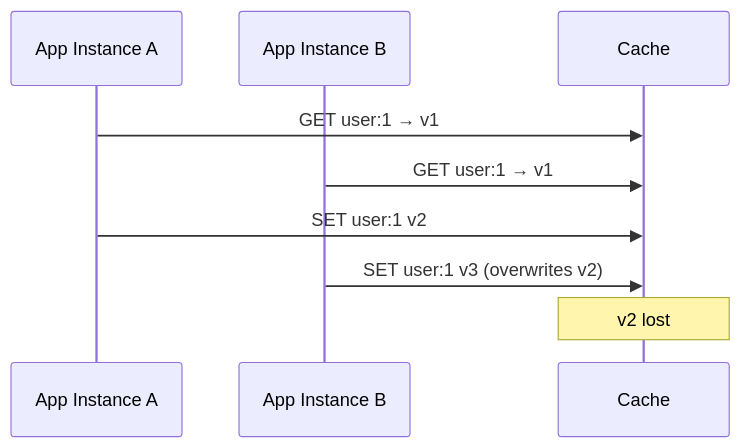
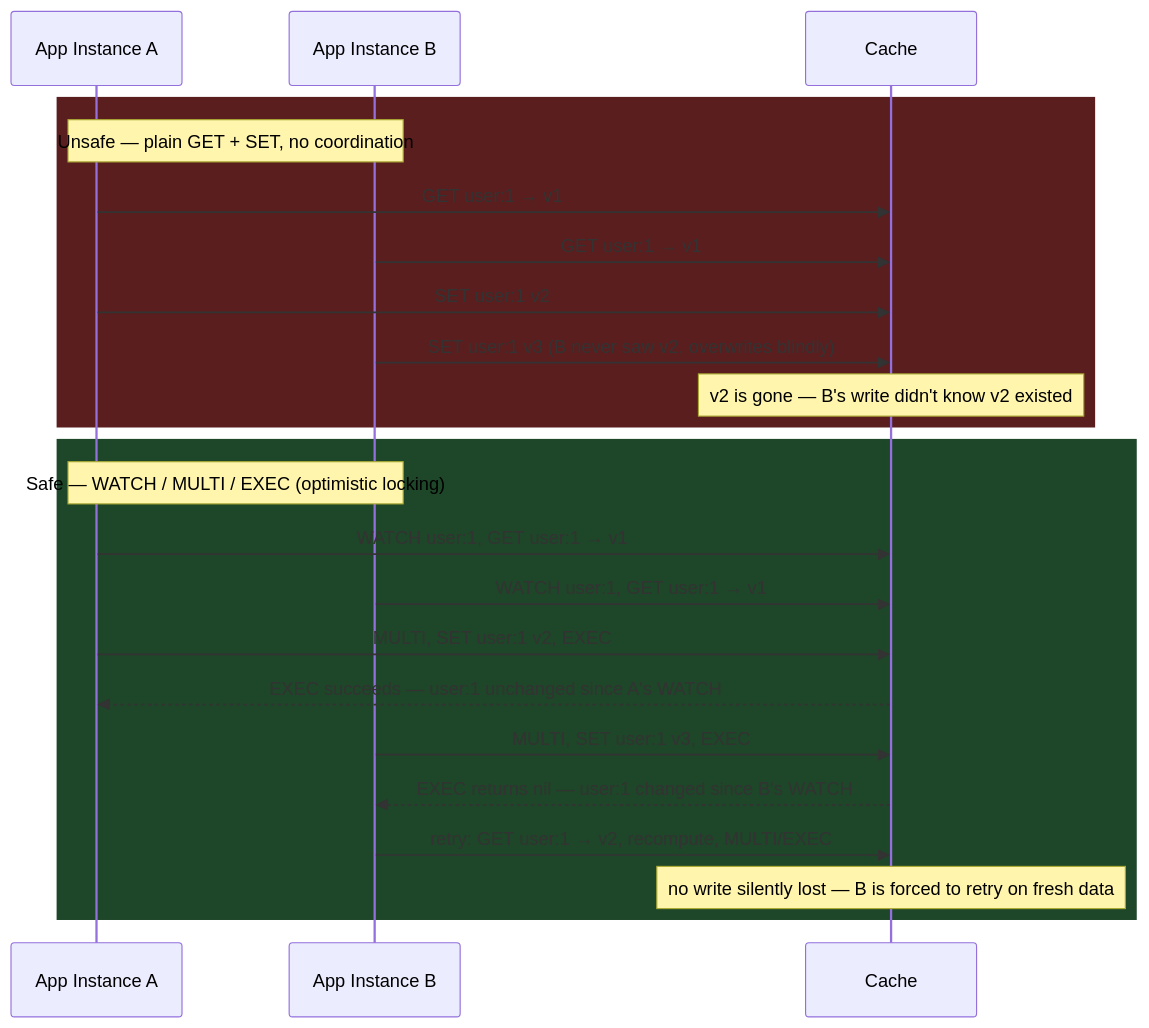
One commit to deepanshu-rawat6/DevOpsIndex changed the eighth of 8 diagrams in databases/caching.md. Above: the diagram before and after it, drawn with Mermaid. The commit also changed other lines of this file and 7 other files, not shown here.

````diff
--- a/databases/caching.md
+++ b/databases/caching.md
@@ -575,12 +653,27 @@
 ```mermaid
 sequenceDiagram
     participant A as App Instance A
     participant B as App Instance B
     participant Cache
 
+    rect rgb(90, 30, 30)
+    Note over A,B: Unsafe — plain GET + SET, no coordination
     A->>Cache: GET user:1 → v1
     B->>Cache: GET user:1 → v1
     A->>Cache: SET user:1 v2
-    B->>Cache: SET user:1 v3 (overwrites v2)
-    Note over Cache: v2 lost
+    B->>Cache: SET user:1 v3 (B never saw v2, overwrites blindly)
+    Note over Cache: v2 is gone — B's write didn't know v2 existed
+    end
+
+    rect rgb(30, 70, 40)
+    Note over A,B: Safe — WATCH / MULTI / EXEC (optimistic locking)
+    A->>Cache: WATCH user:1, GET user:1 → v1
+    B->>Cache: WATCH user:1, GET user:1 → v1
+    A->>Cache: MULTI, SET user:1 v2, EXEC
+    Cache-->>A: EXEC succeeds — user:1 unchanged since A's WATCH
+    B->>Cache: MULTI, SET user:1 v3, EXEC
+    Cache-->>B: EXEC returns nil — user:1 changed since B's WATCH
+    B->>Cache: retry: GET user:1 → v2, recompute, MULTI/EXEC
+    Note over Cache: no write silently lost — B is forced to retry on fresh data
+    end
 ```
````
